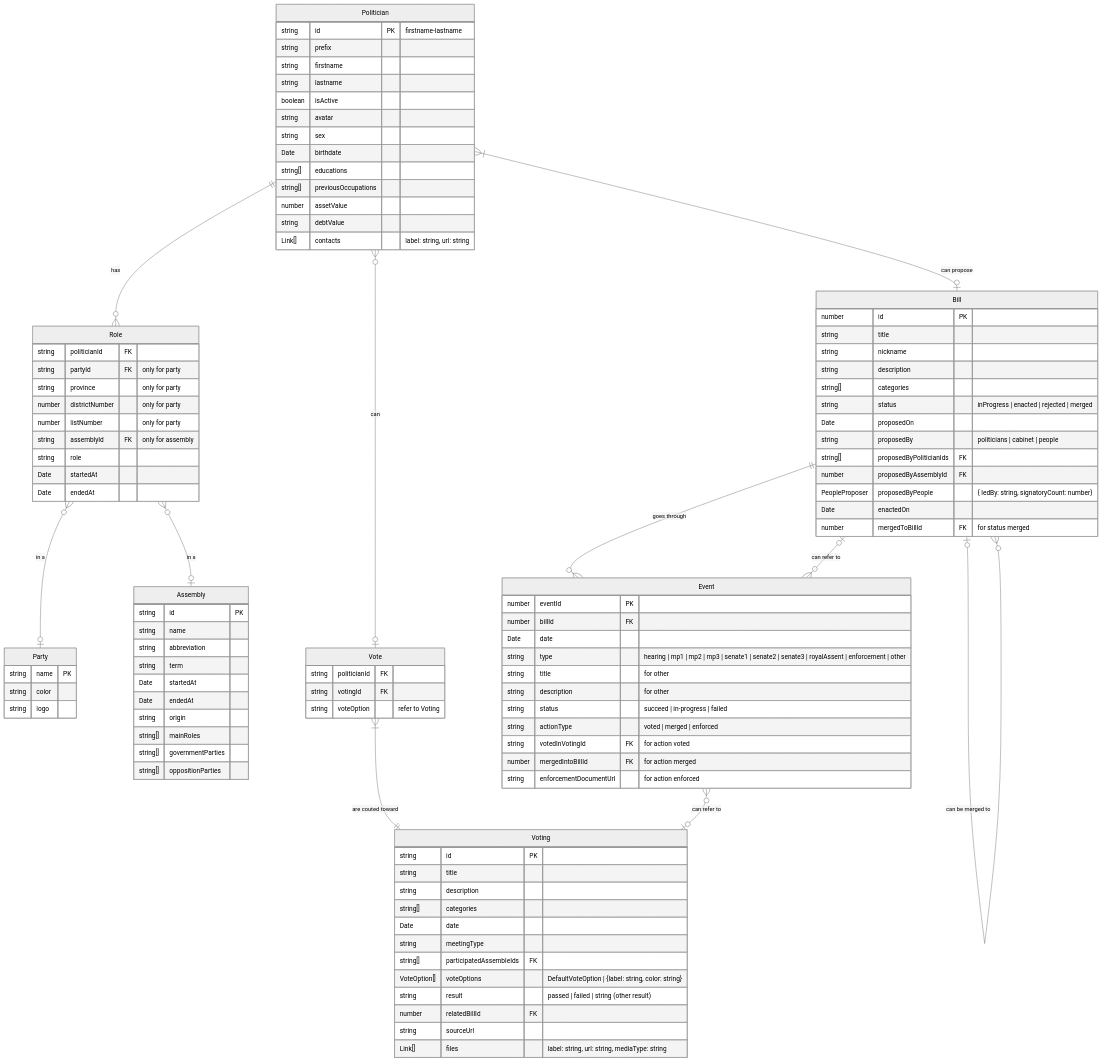
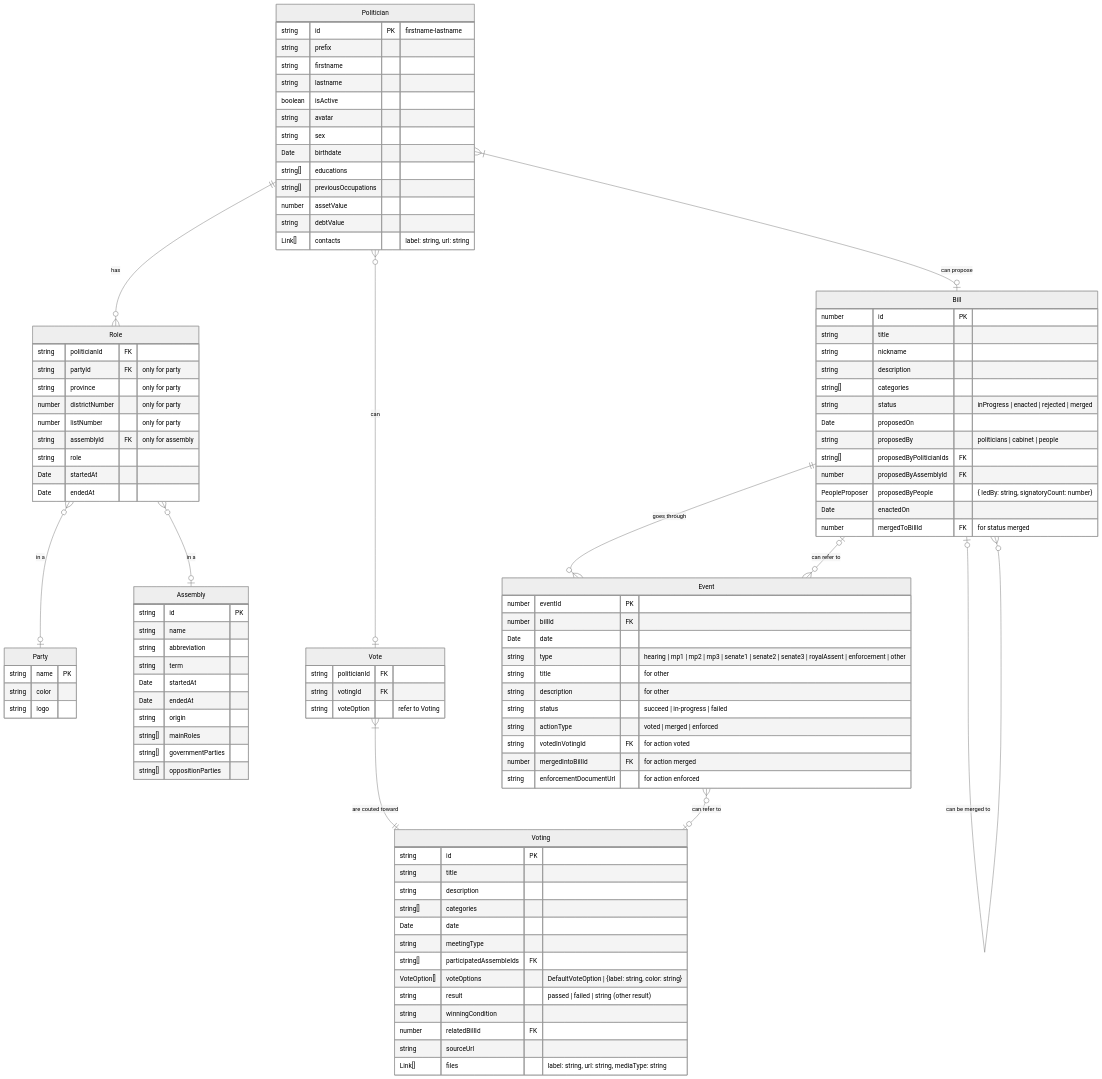
One commit to wevisdemo/parliament-watch changed the diagram in src/models/README.md. Above: the diagram before and after it, drawn with Mermaid (neutral theme). The commit also changed 2 other files, not shown here.

Commit message:
feat: add voting dynamic winning condition

```diff
--- a/src/models/README.md
+++ b/src/models/README.md
@@ -86,6 +86,7 @@
     string[] participatedAssembleIds FK
     VoteOption[] voteOptions "DefaultVoteOption | {label: string, color: string}"
     string result "passed | failed | string (other result)"
+    string winningCondition
     number relatedBillId FK
     string sourceUrl
     Link[] files "label: string, url: string, mediaType: string"
```
